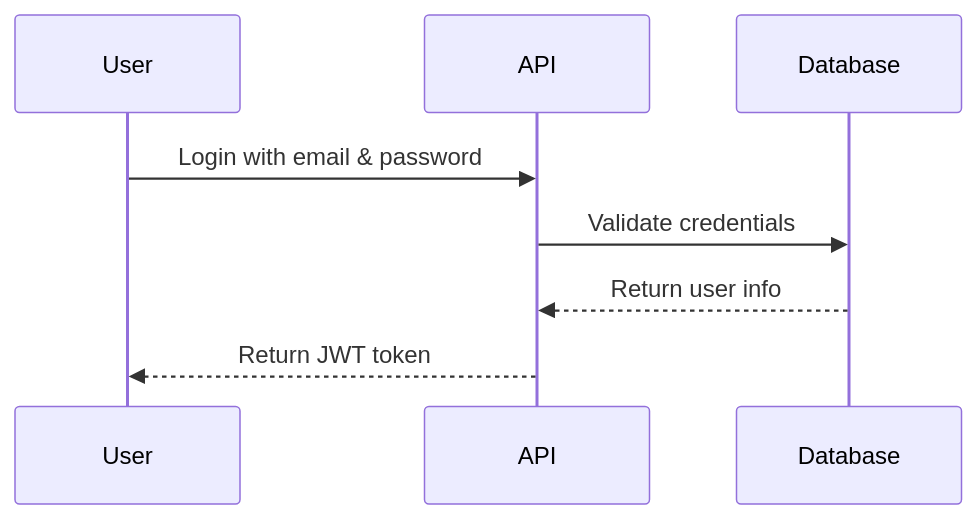
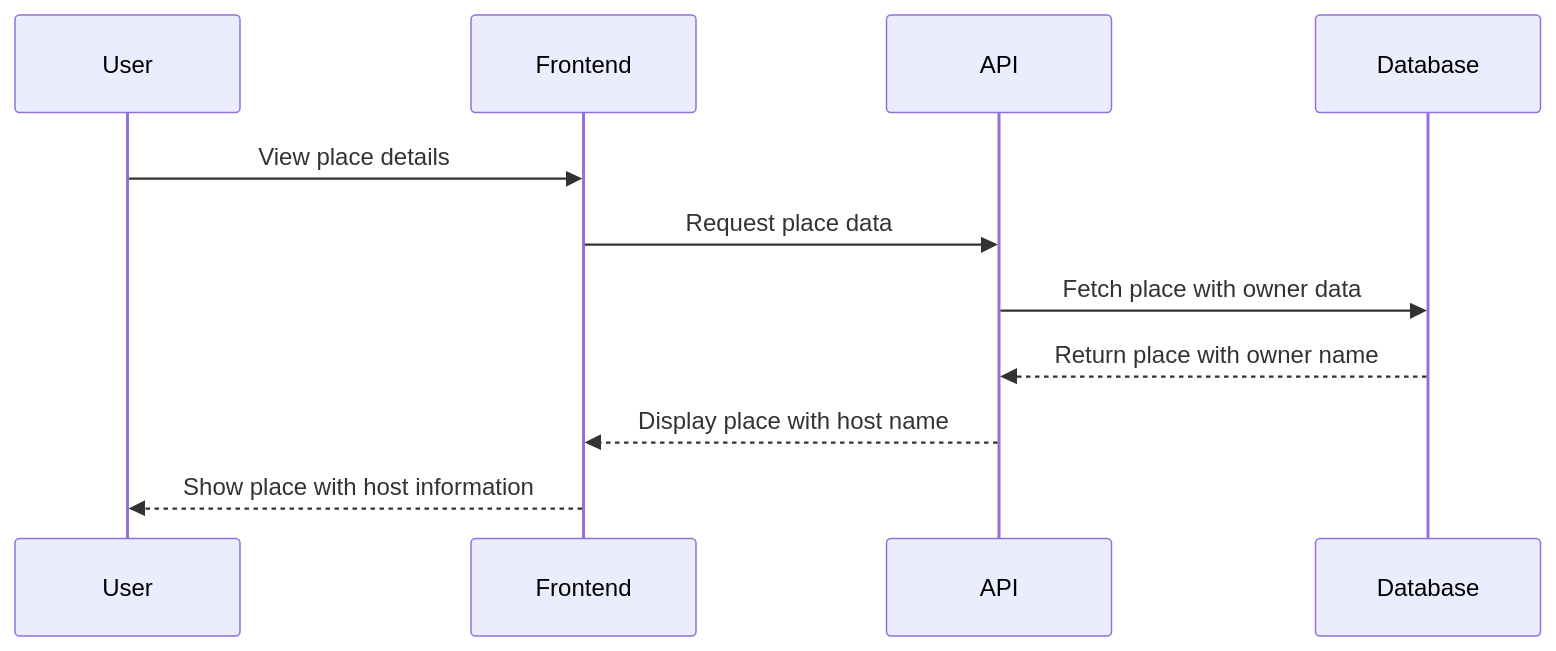
The diagram in part4/README.md (judiihh/holbertonschool-hbnb), drawn with Mermaid before and after one commit. The commit also changed other lines of this file, not shown here.

````diff
--- a/part4/README.md
+++ b/part4/README.md
@@ -27,11 +30,14 @@
 ```mermaid
 sequenceDiagram
     participant User
+    participant Frontend
     participant API
     participant Database
 
-    User->>API: Login with email & password
-    API->>Database: Validate credentials
-    Database-->>API: Return user info
-    API-->>User: Return JWT token
+    User->>Frontend: View place details
+    Frontend->>API: Request place data
+    API->>Database: Fetch place with owner data
+    Database-->>API: Return place with owner name
+    API-->>Frontend: Display place with host name
+    Frontend-->>User: Show place with host information
 ```
````
